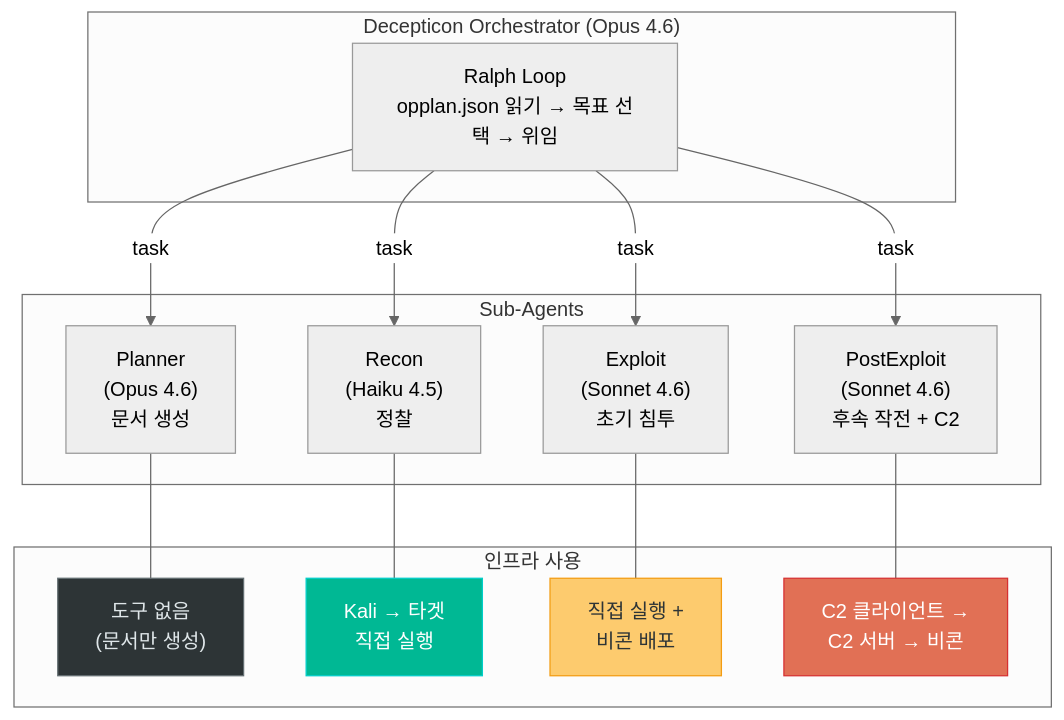
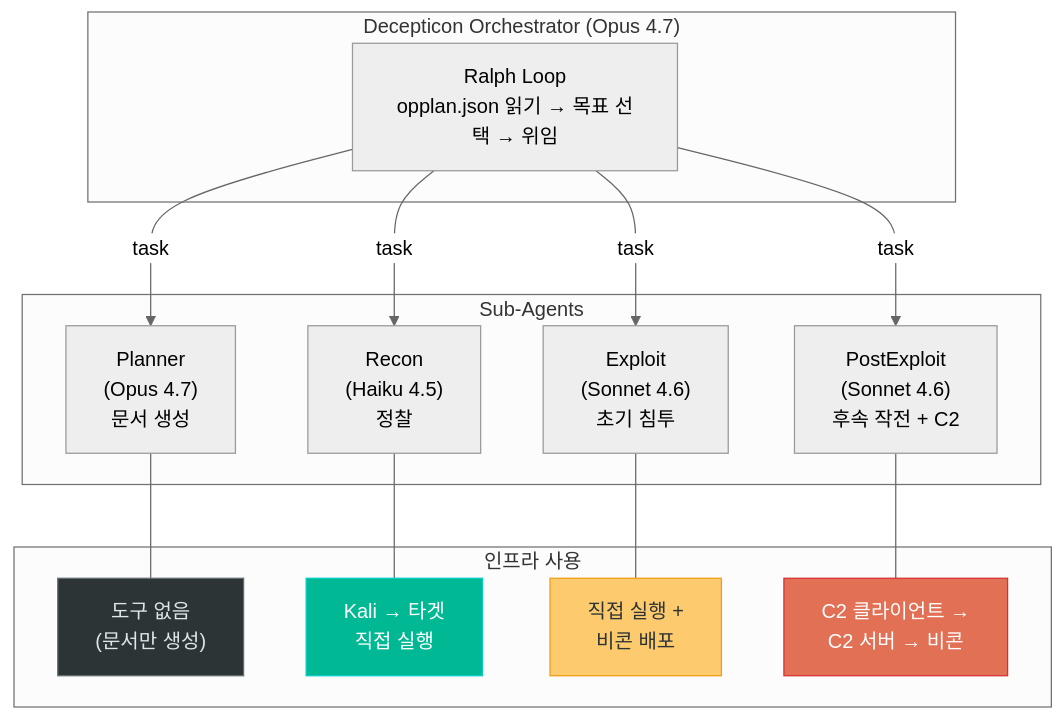
Before and after one commit to musicsms/decepticon: the fifth of 12 diagrams in docs/architecture/red-team-infrastructure.md, drawn with Mermaid (neutral theme). The commit also changed 26 other files, not shown here.

````diff
--- a/docs/architecture/red-team-infrastructure.md
+++ b/docs/architecture/red-team-infrastructure.md
@@ -256,35 +256,35 @@
 ```mermaid
 graph TD
-    subgraph Orchestrator["Decepticon Orchestrator (Opus 4.6)"]
+    subgraph Orchestrator["Decepticon Orchestrator (Opus 4.7)"]
         RALPH["Ralph Loop<br/>opplan.json 읽기 → 목표 선택 → 위임"]
     end
 
     subgraph Agents["Sub-Agents"]
-        PLAN["Planner<br/>(Opus 4.6)<br/>문서 생성"]
+        PLAN["Planner<br/>(Opus 4.7)<br/>문서 생성"]
         RECON["Recon<br/>(Haiku 4.5)<br/>정찰"]
         EXPLOIT["Exploit<br/>(Sonnet 4.6)<br/>초기 침투"]
         POST["PostExploit<br/>(Sonnet 4.6)<br/>후속 작전 + C2"]
     end
 
     RALPH -->|task| PLAN
     RALPH -->|task| RECON
     RALPH -->|task| EXPLOIT
     RALPH -->|task| POST
 
     subgraph Infra["인프라 사용"]
         NONE["도구 없음<br/>(문서만 생성)"]
         DIRECT["Kali → 타겟<br/>직접 실행"]
         HYBRID["직접 실행 +<br/>비콘 배포"]
         BEACON["C2 클라이언트 →<br/>C2 서버 → 비콘"]
     end
 
     PLAN --- NONE
     RECON --- DIRECT
     EXPLOIT --- HYBRID
     POST --- BEACON
 
     style NONE fill:#2d3436,stroke:#636e72,color:#dfe6e9
     style DIRECT fill:#00b894,stroke:#00cec9,color:#fff
     style HYBRID fill:#fdcb6e,stroke:#f39c12,color:#2d3436
     style BEACON fill:#e17055,stroke:#d63031,color:#fff
 ```
````
